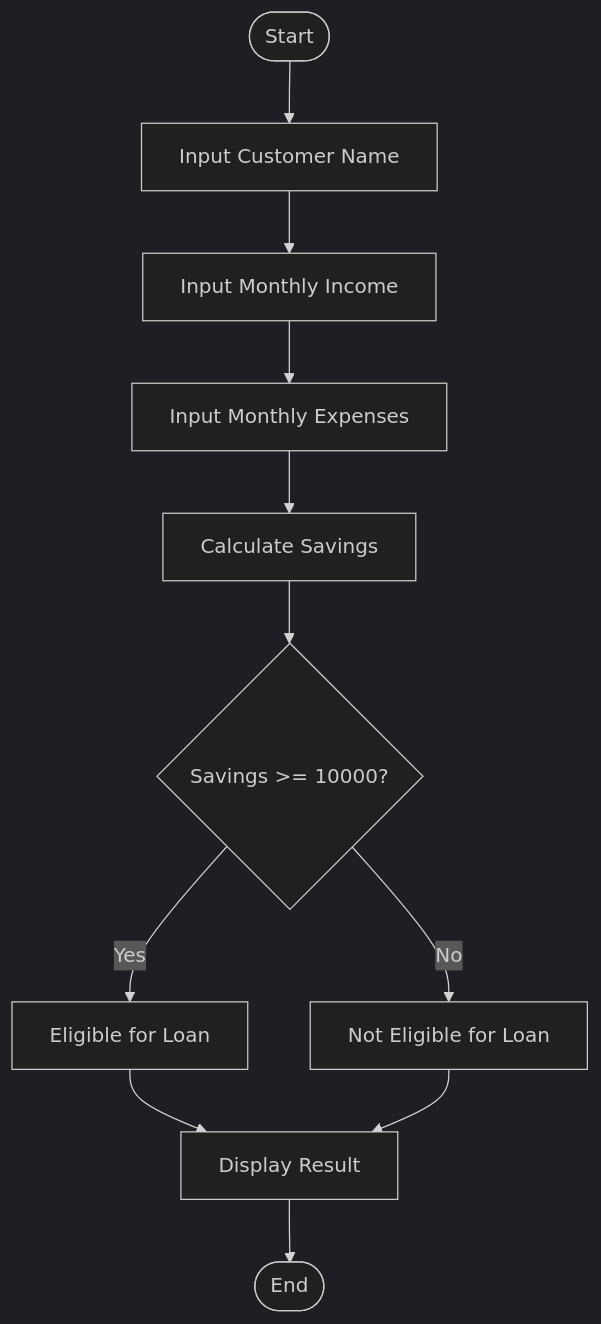
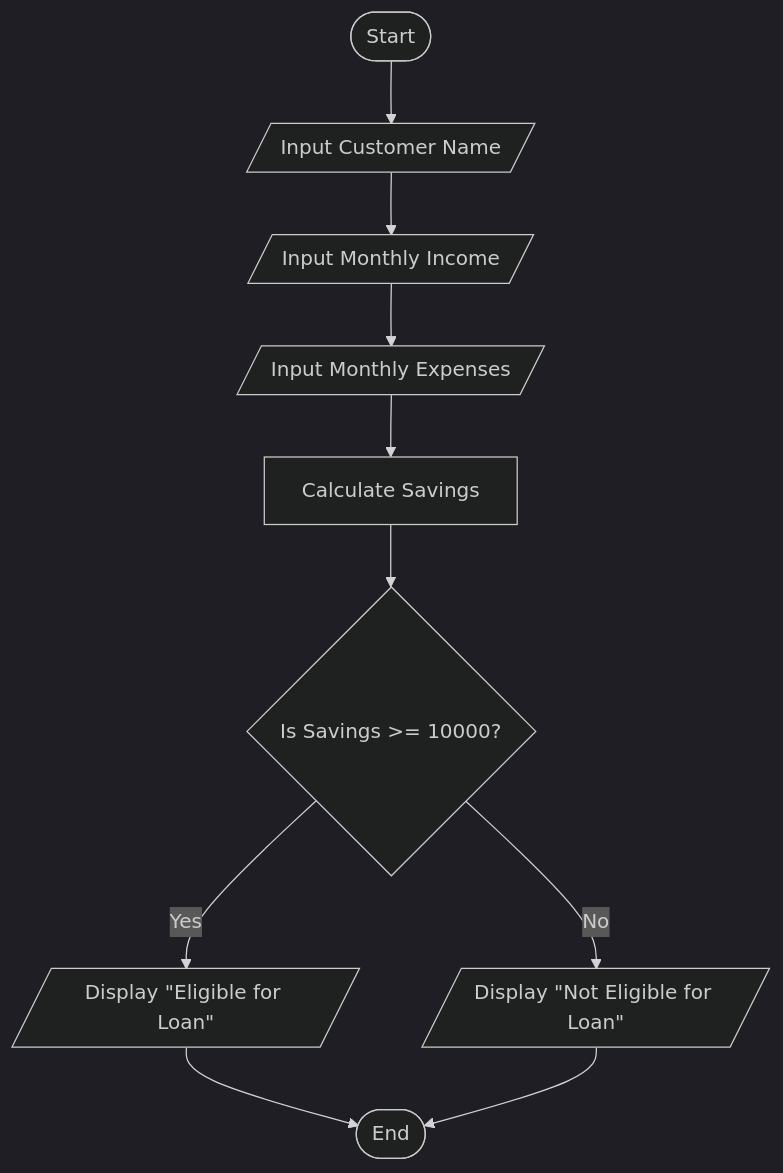
The diagram in Unit1/Task53/Loan Eligibility Checker.md (bhupendrasai1818/Python_programming-problem_solving), drawn with Mermaid (dark theme) before and after one commit. The commit also changed 4 other files, not shown here.

````diff
--- a/Unit1/Task53/Loan Eligibility Checker.md
+++ b/Unit1/Task53/Loan Eligibility Checker.md
@@ -36,13 +36,24 @@
 ```mermaid
 flowchart TD
-    A([Start]) --> B[Input Customer Name]
-    B --> C[Input Monthly Income]
-    C --> D[Input Monthly Expenses]
-    D --> E[Calculate Savings]
-    E --> F{Savings >= 10000?}
-    F -- Yes --> G[Eligible for Loan]
-    F -- No --> H[Not Eligible for Loan]
-    G --> I[Display Result]
+    A([Start])
+    B[/Input Customer Name/]
+    C[/Input Monthly Income/]
+    D[/Input Monthly Expenses/]
+    E[Calculate Savings]
+    F{Is Savings >= 10000?}
+    G[/Display "Eligible for Loan"/]
+    H[/Display "Not Eligible for Loan"/]
+    I([End])
+
+    A --> B
+    B --> C
+    C --> D
+    D --> E
+    E --> F
+
+    F -->|Yes| G
+    F -->|No| H
+
+    G --> I
     H --> I
-    I --> J([End])
 ```
````
